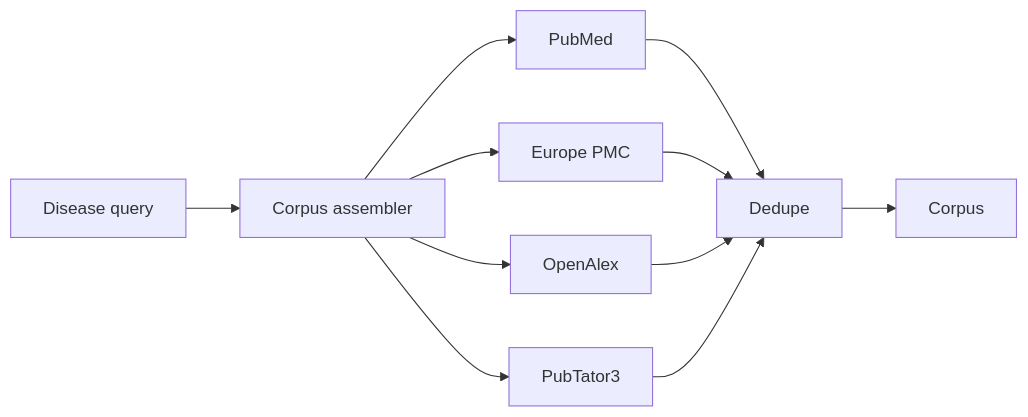
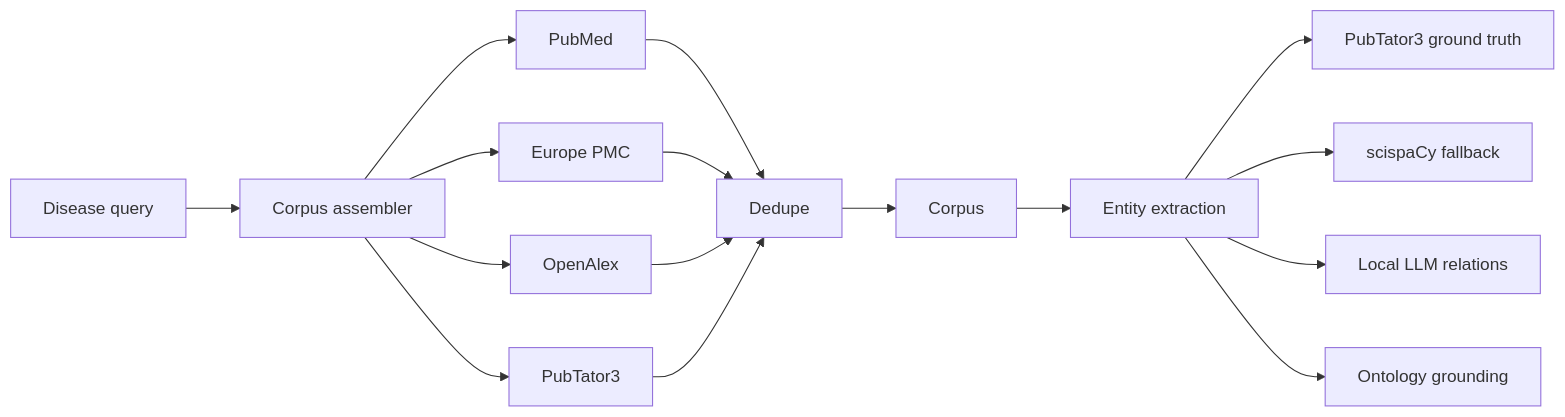
One commit to lysyloxidase/autonomous-drug-discovery-agent changed the diagram in docs/architecture.md. Above: the diagram before and after it, drawn with Mermaid. The commit also changed other lines of this file and 21 other files, not shown here.

Commit message:
feat: entity extraction & grounding — PubTator3 ground truth + scispaCy fallback + local-LLM relation extraction (honest precision/recall vs PubTator3/BioRED) + ontology grounding (Phase 2)

````diff
--- a/docs/architecture.md
+++ b/docs/architecture.md
@@ -3,13 +3,18 @@
 ```mermaid
 flowchart LR
   Q[Disease query] --> M[Corpus assembler]
   M --> P[PubMed]
   M --> E[Europe PMC]
   M --> O[OpenAlex]
   M --> T[PubTator3]
   P --> D[Dedupe]
   E --> D
   O --> D
   T --> D
   D --> C[Corpus]
+  C --> X[Entity extraction]
+  X --> PT[PubTator3 ground truth]
+  X --> SP[scispaCy fallback]
+  X --> LLM[Local LLM relations]
+  X --> G[Ontology grounding]
 ```
````
